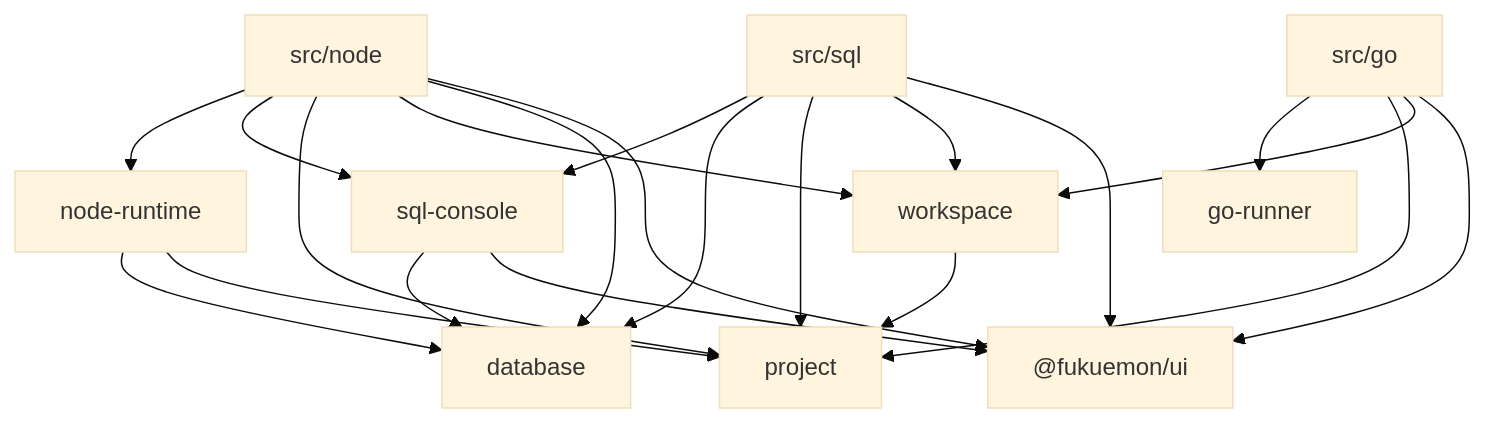
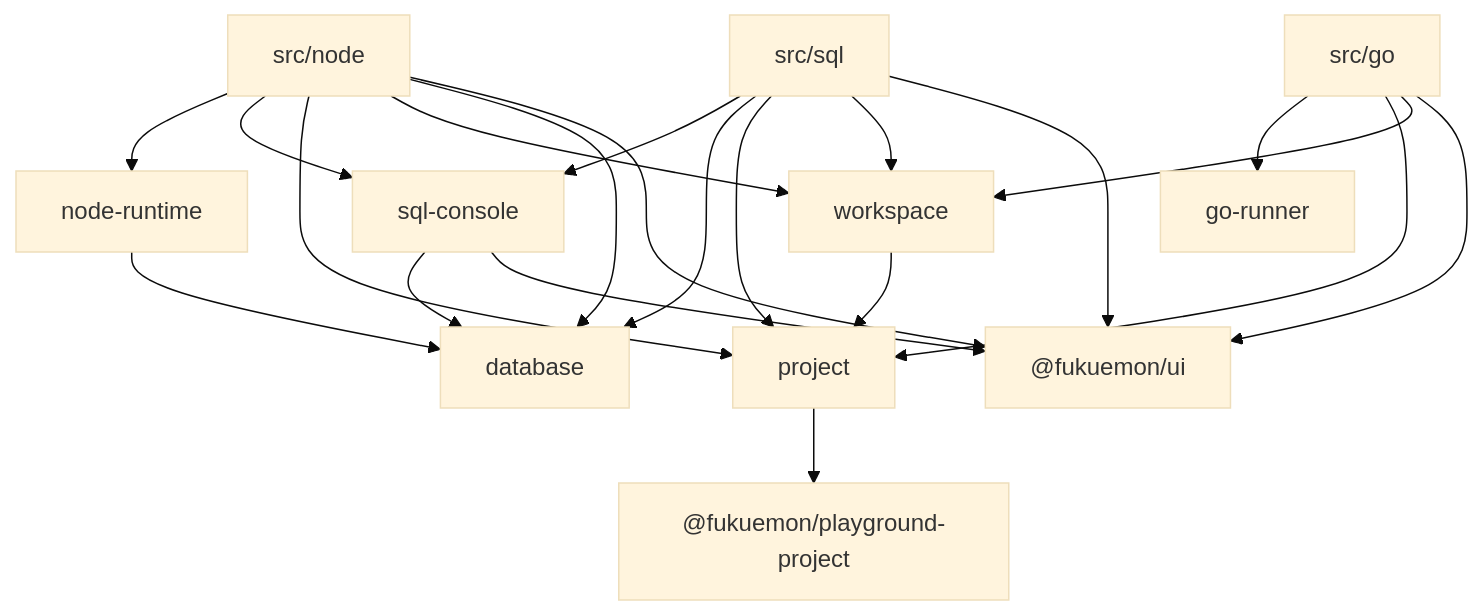
Before and after one commit to Fukuemon/fukuemon.dev: the first of 3 diagrams in design/features/playground/DesignDoc.md, drawn with Mermaid (base theme). The commit also changed other lines of this file and 11 other files, not shown here.

First line of the commit message:
docs(adr): architecture と文章のレビューの指摘を、ADR と Design Doc に反映する #93

````diff
--- a/design/features/playground/DesignDoc.md
+++ b/design/features/playground/DesignDoc.md
@@ -95,34 +97,35 @@
 ```mermaid
 flowchart TB
   node["src/node"]
   sql["src/sql"]
   go["src/go"]
   console["sql-console"]
   runtime["node-runtime"]
   database["database"]
   runner["go-runner"]
   project["project"]
   workspace["workspace"]
   ui["@fukuemon/ui"]
+  pp["@fukuemon/playground-project"]
 
   node --> runtime
   node --> console
   node --> project
   node --> workspace
   node --> database
   node --> ui
   sql --> console
   sql --> database
   sql --> project
   sql --> workspace
   sql --> ui
   go --> runner
   go --> project
   go --> workspace
   go --> ui
   console --> database
   console --> ui
   runtime --> database
-  runtime --> project
   workspace --> project
+  project --> pp
 ```
````
